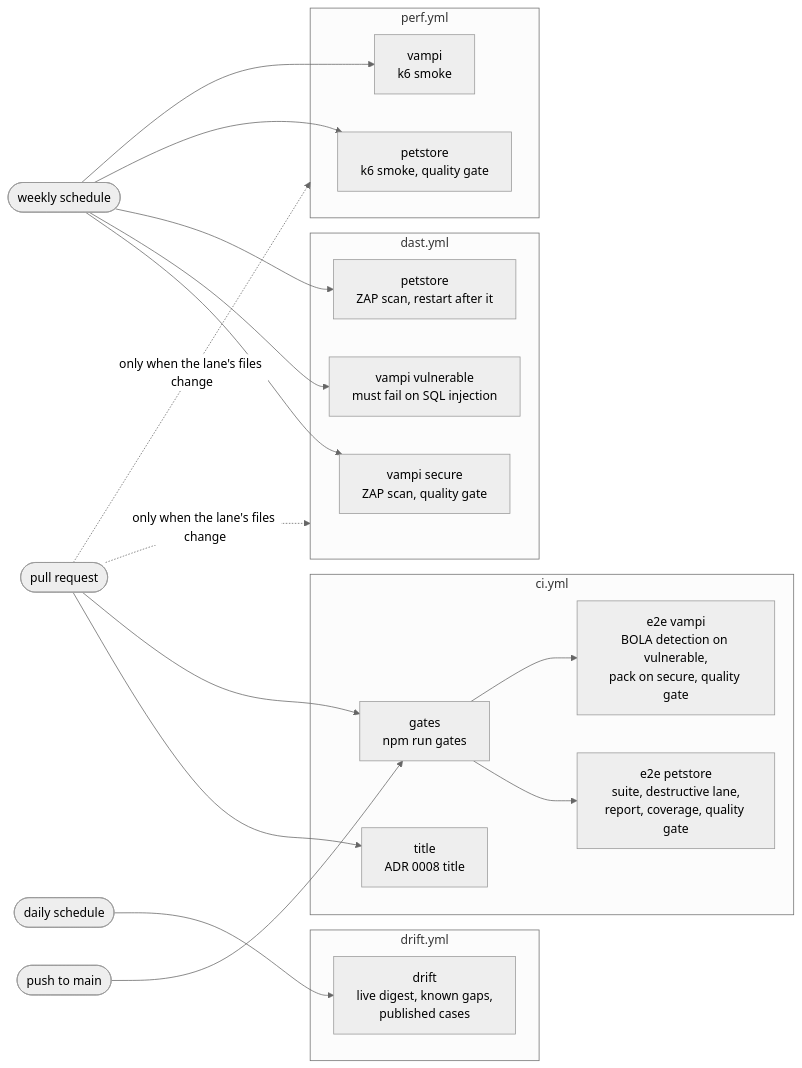
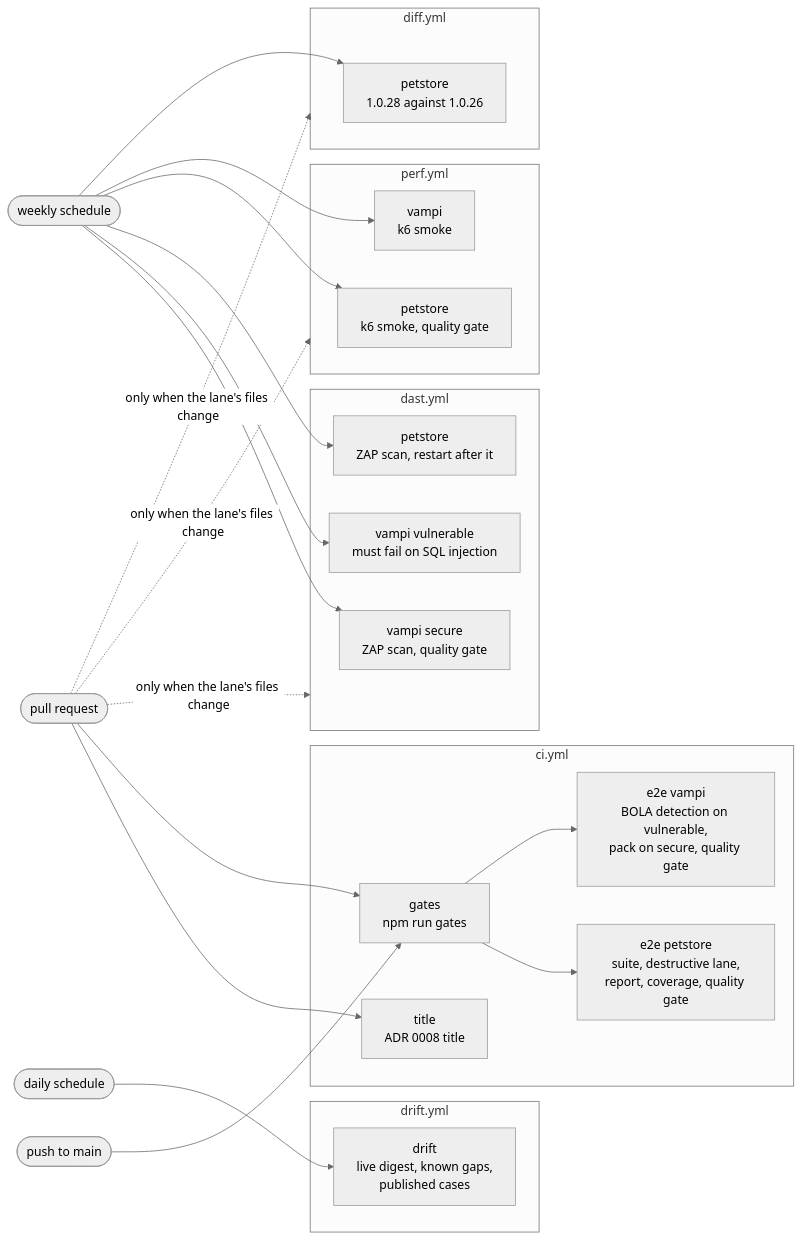
The diagram in docs/ci.md (marceloancieta/api-qa-agentic-framework), drawn with Mermaid (neutral theme) before and after one commit. The commit also changed other lines of this file and 23 other files, not shown here.

````diff
--- a/docs/ci.md
+++ b/docs/ci.md
@@ -18,43 +19,49 @@
 ```mermaid
 flowchart LR
   pr(["pull request"])
   push(["push to main"])
   daily(["daily schedule"])
   weekly(["weekly schedule"])
 
   subgraph ciWf["ci.yml"]
     title["title<br/>ADR 0008 title"]
     gatesJob["gates<br/>npm run gates"]
     e2e["e2e petstore<br/>suite, destructive lane,<br/>report, coverage, quality gate"]
     e2eVampi["e2e vampi<br/>BOLA detection on vulnerable,<br/>pack on secure, quality gate"]
     gatesJob --> e2e
     gatesJob --> e2eVampi
   end
 
   subgraph driftWf["drift.yml"]
     drift["drift<br/>live digest, known gaps,<br/>published cases"]
   end
 
   subgraph dastWf["dast.yml"]
     dastSecure["vampi secure<br/>ZAP scan, quality gate"]
     dastVuln["vampi vulnerable<br/>must fail on SQL injection"]
     dastPet["petstore<br/>ZAP scan, restart after it"]
   end
 
   subgraph perfWf["perf.yml"]
     perfPet["petstore<br/>k6 smoke, quality gate"]
     perfVampi["vampi<br/>k6 smoke"]
   end
 
+  subgraph diffWf["diff.yml"]
+    diffPet["petstore<br/>1.0.28 against 1.0.26"]
+  end
+
   pr --> title
   pr --> gatesJob
   push --> gatesJob
   daily --> drift
   weekly --> dastSecure
   weekly --> dastVuln
   weekly --> dastPet
   weekly --> perfPet
   weekly --> perfVampi
+  weekly --> diffPet
   pr -.->|"only when the lane's files change"| dastWf
   pr -.->|"only when the lane's files change"| perfWf
+  pr -.->|"only when the lane's files change"| diffWf
 ```
````
